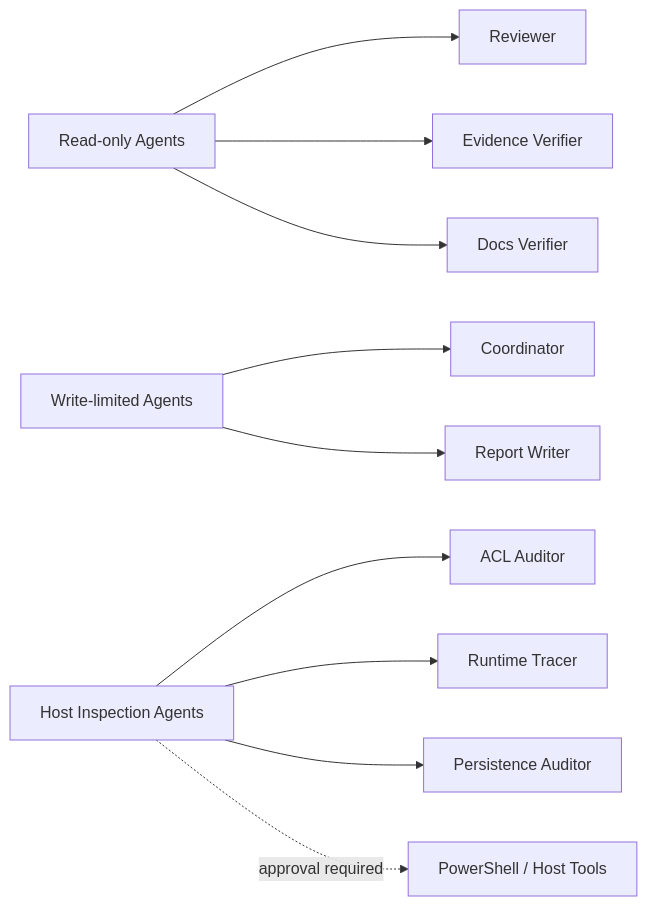
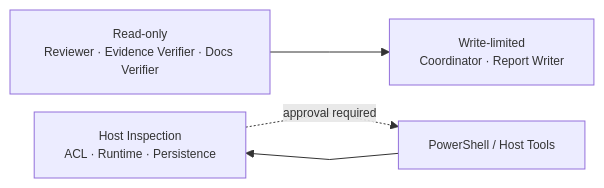
The diagram in decks/windows-audit-design/pages/09_security_controls.md (koalav/present-anyything), drawn with Mermaid before and after one commit. The commit also changed other lines of this file and 259 other files, not shown here.

````diff
--- a/decks/windows-audit-design/pages/09_security_controls.md
+++ b/decks/windows-audit-design/pages/09_security_controls.md
@@ -24,19 +26,12 @@
 ```mermaid
+%%{init: {'themeVariables': {'fontSize': '12px'}, 'flowchart': {'nodeSpacing': 18, 'rankSpacing': 26, 'diagramPadding': 6, 'curve': 'linear'}}}%%
 flowchart LR
-    RO[Read-only Agents]
-    RW[Write-limited Agents]
-    HI[Host Inspection Agents]
+    RO[Read-only<br/>Reviewer · Evidence Verifier · Docs Verifier]
+    RW[Write-limited<br/>Coordinator · Report Writer]
+    HI[Host Inspection<br/>ACL · Runtime · Persistence]
+    X[PowerShell / Host Tools]
 
-    RO --> RV[Reviewer]
-    RO --> EV[Evidence Verifier]
-    RO --> DV[Docs Verifier]
-
-    RW --> C[Coordinator]
-    RW --> RW2[Report Writer]
-
-    HI --> AA[ACL Auditor]
-    HI --> RT[Runtime Tracer]
-    HI --> PA[Persistence Auditor]
-
-    HI -. approval required .-> X[PowerShell / Host Tools]
+    RO --> RW
+    HI -. approval required .-> X
+    X --> HI
 ```
````
